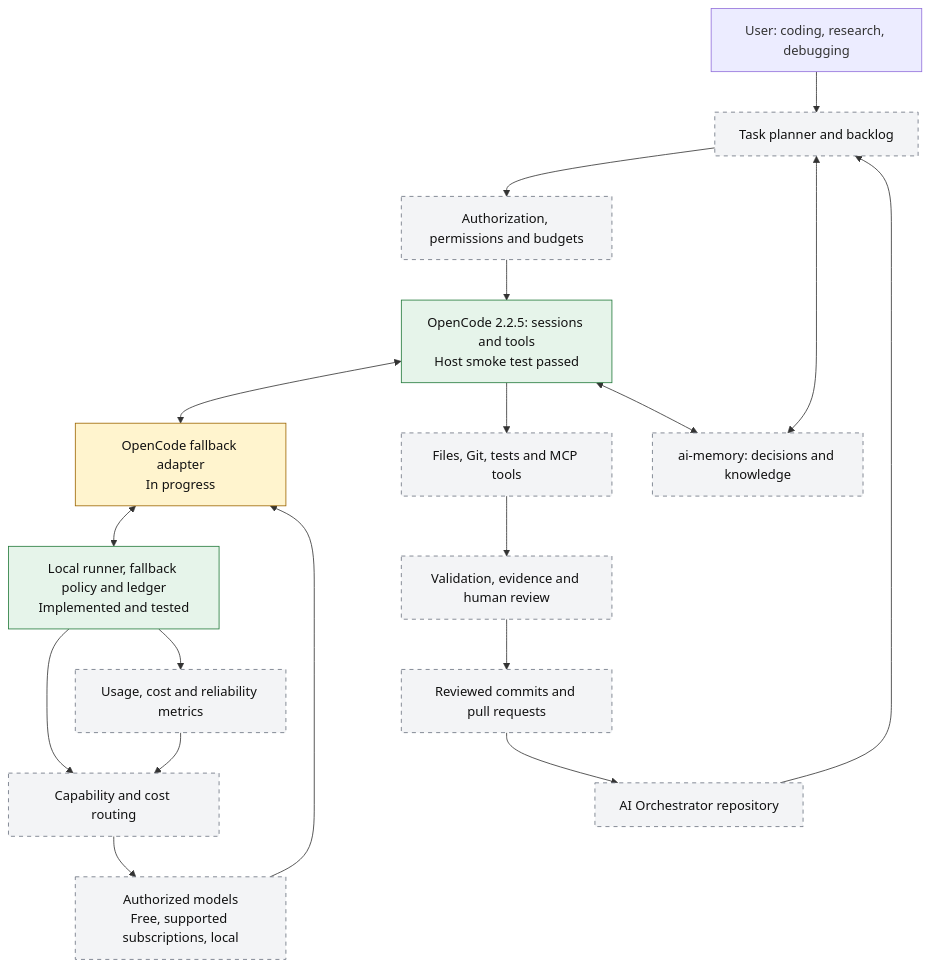
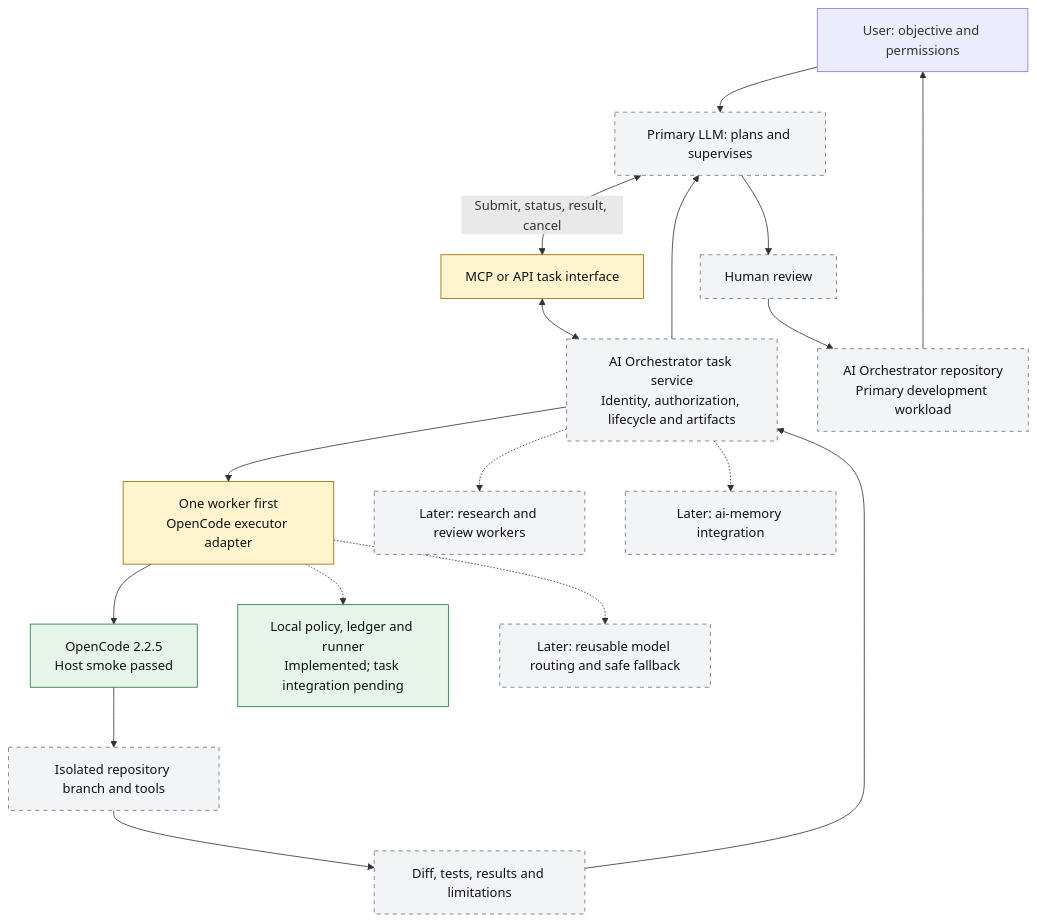
Before and after one commit to pbsilvabd/ai-orchestrator: the diagram in README.md, drawn with Mermaid. The commit also changed other lines of this file and 6 other files, not shown here.

Commit message:
docs: define supervised worker service and self-development roadmap

````diff
--- a/README.md
+++ b/README.md
@@ -20,26 +25,25 @@
 ```mermaid
 flowchart TD
-    User["User: coding, research, debugging"] --> Tasks["Task planner and backlog"]
-    Tasks --> Controls["Authorization, permissions and budgets"]
-    Controls --> Host["OpenCode 2.2.5: sessions and tools<br/>Host smoke test passed"]
-    Host <--> Adapter["OpenCode fallback adapter<br/>In progress"]
-    Adapter <--> Core["Local runner, fallback policy and ledger<br/>Implemented and tested"]
-    Core --> Router["Capability and cost routing"]
-    Router --> Models["Authorized models<br/>Free, supported subscriptions, local"]
-    Models --> Adapter
-    Host --> Tools["Files, Git, tests and MCP tools"]
-    Tools --> Review["Validation, evidence and human review"]
-    Review --> Changes["Reviewed commits and pull requests"]
-    Changes --> Repo["AI Orchestrator repository"]
-    Repo --> Tasks
-    Host <--> Memory["ai-memory: decisions and knowledge"]
-    Tasks <--> Memory
-    Core --> Metrics["Usage, cost and reliability metrics"]
-    Metrics --> Router
+    User["User: objective and permissions"] --> Main["Primary LLM: plans and supervises"]
+    Main <-->|Submit, status, result, cancel| Interface["MCP or API task interface"]
+    Interface <--> Service["AI Orchestrator task service<br/>Identity, authorization, lifecycle and artifacts"]
+    Service --> Worker["One worker first<br/>OpenCode executor adapter"]
+    Worker --> Host["OpenCode 2.2.5<br/>Host smoke passed"]
+    Worker -.-> Core["Local policy, ledger and runner<br/>Implemented; task integration pending"]
+    Host --> Workspace["Isolated repository branch and tools"]
+    Workspace --> Evidence["Diff, tests, results and limitations"]
+    Evidence --> Service
+    Service --> Main
+    Main --> Review["Human review"]
+    Review --> Repo["AI Orchestrator repository<br/>Primary development workload"]
+    Repo --> User
+    Service -.-> More["Later: research and review workers"]
+    Service -.-> Memory["Later: ai-memory integration"]
+    Worker -.-> Routing["Later: reusable model routing and safe fallback"]
     classDef current fill:#e6f4ea,stroke:#237a3b,color:#111;
     classDef progress fill:#fff4ce,stroke:#9c6500,color:#111;
     classDef planned fill:#f3f4f6,stroke:#6b7280,stroke-dasharray:5 5,color:#111;
     class Host,Core current;
-    class Adapter progress;
-    class Tasks,Controls,Router,Models,Tools,Review,Changes,Repo,Memory,Metrics planned;
+    class Interface,Worker progress;
+    class Main,Service,Workspace,Evidence,Review,Repo,More,Memory,Routing planned;
 ```
````
